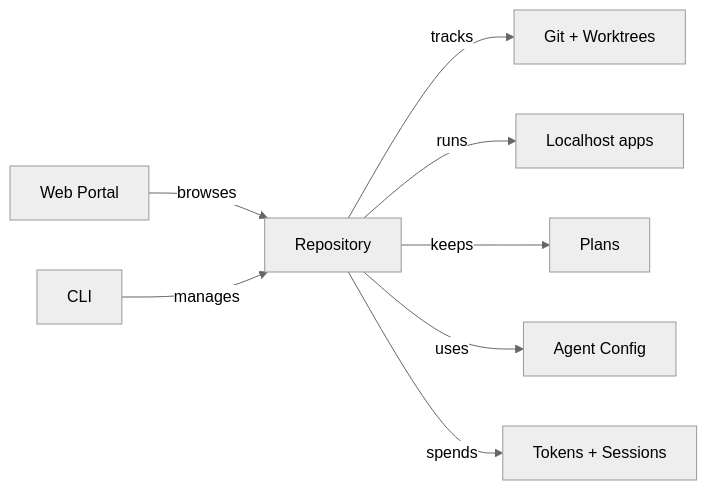
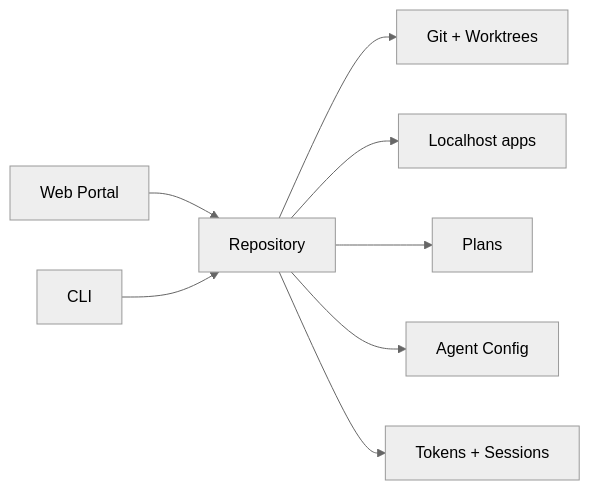
One commit to kirinmurphy/roborepo changed the first of 3 diagrams in README.md. Above: the diagram before and after it, drawn with Mermaid (neutral theme). The commit also changed other lines of this file and 8 other files, not shown here.

First line of the commit message:
docs: turn dense body copy into tables, lists, and a diagram

````diff
--- a/README.md
+++ b/README.md
@@ -7,13 +7,13 @@
 ```mermaid
 flowchart LR
   Repo["Repository"]
 
-  Repo -->|tracks| Git["Git + Worktrees"]
-  Repo -->|runs| Local["Localhost apps"]
-  Repo -->|keeps| Plans["Plans"]
-  Repo -->|uses| Agents["Agent Config"]
-  Repo -->|spends| Usage["Tokens + Sessions"]
+  Repo --> Git["Git + Worktrees"]
+  Repo --> Local["Localhost apps"]
+  Repo --> Plans["Plans"]
+  Repo --> Agents["Agent Config"]
+  Repo --> Usage["Tokens + Sessions"]
 
-  Portal["Web Portal"] -->|browses| Repo
-  CLI["CLI"] -->|manages| Repo
+  Portal["Web Portal"] --> Repo
+  CLI["CLI"] --> Repo
 ```
````
